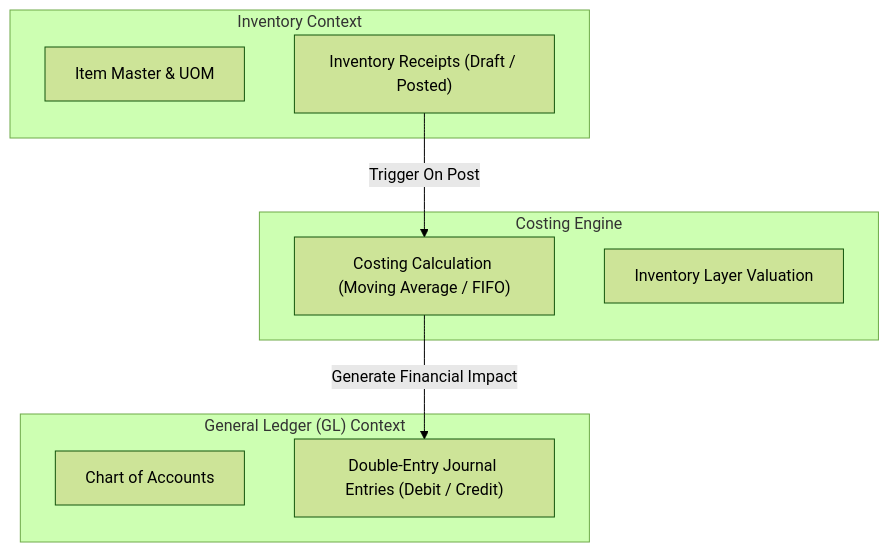
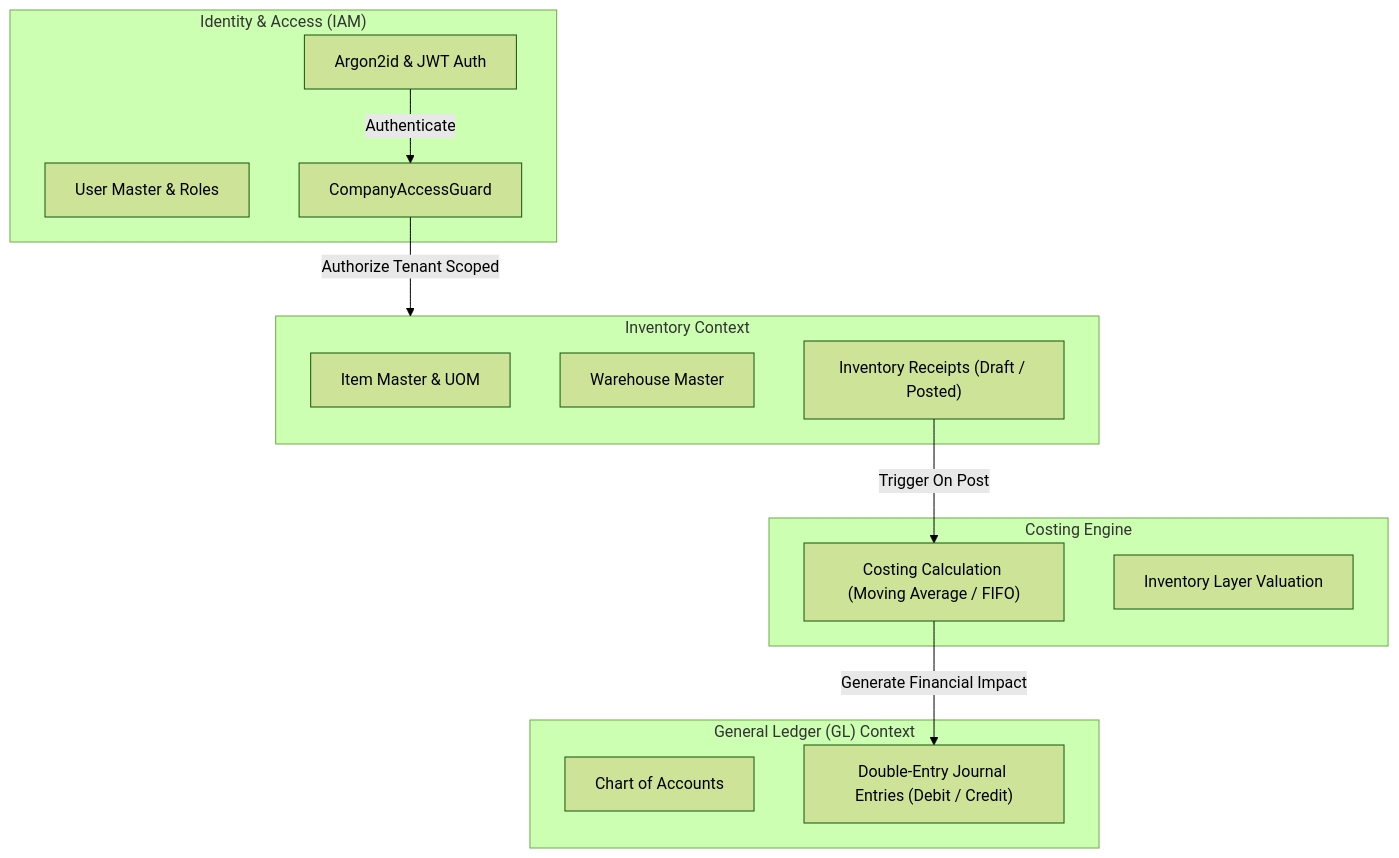
The diagram in DESIGN.md (AhmedAlkasadi2003/project-erp), drawn with Mermaid (forest theme) before and after one commit. The commit also changed other lines of this file and 38 other files, not shown here.

````diff
--- a/DESIGN.md
+++ b/DESIGN.md
@@ -48,20 +67,29 @@
 ```mermaid
 flowchart TD
+    subgraph AuthContext["Identity & Access (IAM)"]
+        Users["User Master & Roles"]
+        AuthService["Argon2id & JWT Auth"]
+        TenantGuard["CompanyAccessGuard"]
+    end
+
     subgraph InventoryContext["Inventory Context"]
         Items["Item Master & UOM"]
+        Warehouses["Warehouse Master"]
         Receipts["Inventory Receipts (Draft / Posted)"]
     end
 
     subgraph CostingContext["Costing Engine"]
         Valuation["Costing Calculation (Moving Average / FIFO)"]
         UnitCost["Inventory Layer Valuation"]
     end
 
     subgraph AccountingContext["General Ledger (GL) Context"]
         COA["Chart of Accounts"]
         Journal["Double-Entry Journal Entries (Debit / Credit)"]
     end
 
+    AuthService -->|Authenticate| TenantGuard
+    TenantGuard -->|Authorize Tenant Scoped| InventoryContext
     Receipts -->|Trigger On Post| Valuation
     Valuation -->|Generate Financial Impact| Journal
 ```
````
